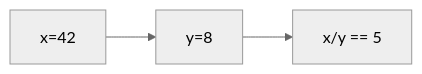
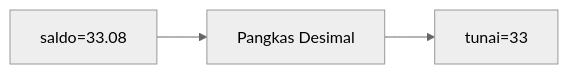
One commit to amnahwaida/OSNK_INF_PREP changed the seventh of 25 diagrams in part-c-pemahaman-cpp/01-tipe-data/latihan/set-11.md. Above: the diagram before and after it, drawn with Mermaid (neutral theme). The commit also changed other lines of this file and 71 other files, not shown here.

````diff
--- a/part-c-pemahaman-cpp/01-tipe-data/latihan/set-11.md
+++ b/part-c-pemahaman-cpp/01-tipe-data/latihan/set-11.md
@@ -158,5 +192,5 @@
 ```mermaid
 graph LR
-A["x=42"] --> B["y=8"]
-B --> C["x/y == 5"]
+A["saldo=33.08"] --> B["Pangkas Desimal"]
+B --> C["tunai=33"]
 ```
````
